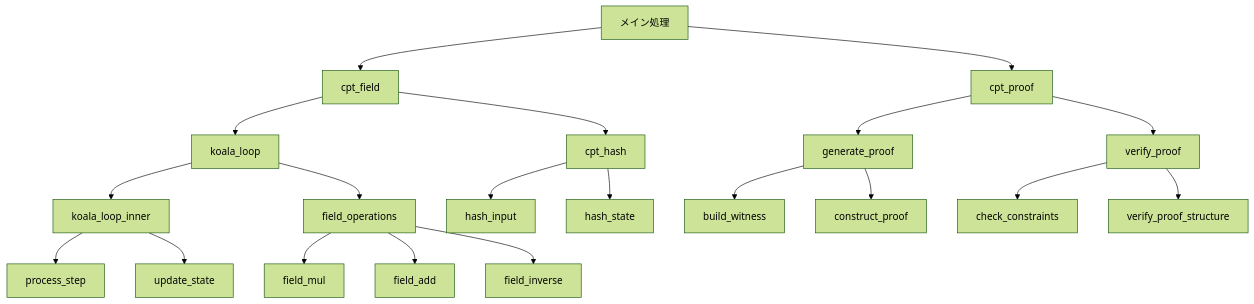
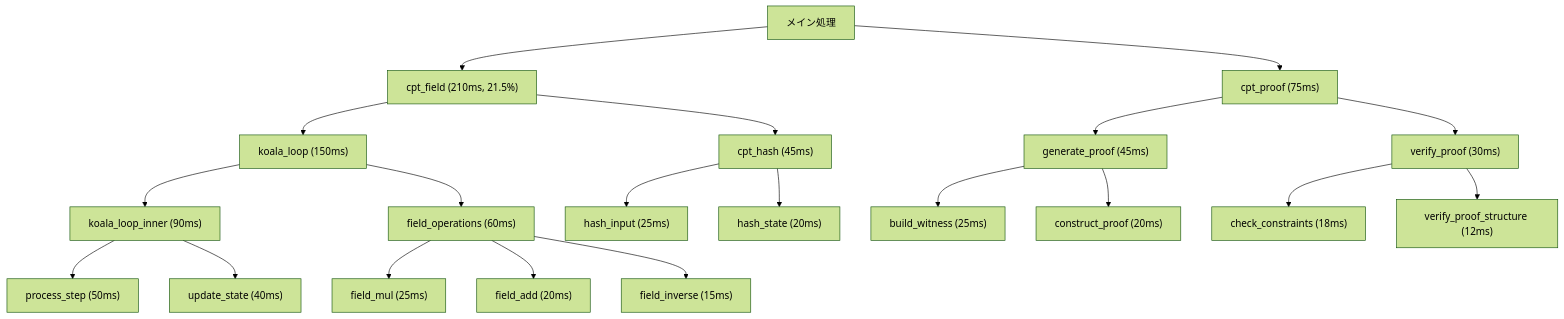
Before and after one commit to kkrt-labs/zkvm-benchmarks: the fourth of 6 diagrams in profile_outputs/README.md, drawn with Mermaid (forest theme). The commit also changed other lines of this file, not shown here.

````diff
--- a/profile_outputs/README.md
+++ b/profile_outputs/README.md
@@ -122,28 +147,28 @@
 ```mermaid
 flowchart TD
-    A[メイン処理] --> B[cpt_field]
-    B --> C[koala_loop]
-    C --> D1[koala_loop_inner]
-    C --> D2[field_operations]
+    A[メイン処理] --> B["cpt_field (210ms, 21.5%)"]
+    B --> C["koala_loop (150ms)"]
+    C --> D1["koala_loop_inner (90ms)"]
+    C --> D2["field_operations (60ms)"]
 
-    D1 --> E1[process_step]
-    D1 --> E2[update_state]
+    D1 --> E1["process_step (50ms)"]
+    D1 --> E2["update_state (40ms)"]
 
-    D2 --> F1[field_mul]
-    D2 --> F2[field_add]
-    D2 --> F3[field_inverse]
+    D2 --> F1["field_mul (25ms)"]
+    D2 --> F2["field_add (20ms)"]
+    D2 --> F3["field_inverse (15ms)"]
 
-    B --> G[cpt_hash]
-    G --> H1[hash_input]
-    G --> H2[hash_state]
+    B --> G["cpt_hash (45ms)"]
+    G --> H1["hash_input (25ms)"]
+    G --> H2["hash_state (20ms)"]
 
-    A --> I[cpt_proof]
-    I --> J1[generate_proof]
-    I --> J2[verify_proof]
+    A --> I["cpt_proof (75ms)"]
+    I --> J1["generate_proof (45ms)"]
+    I --> J2["verify_proof (30ms)"]
 
-    J1 --> K1[build_witness]
-    J1 --> K2[construct_proof]
+    J1 --> K1["build_witness (25ms)"]
+    J1 --> K2["construct_proof (20ms)"]
 
-    J2 --> L1[check_constraints]
-    J2 --> L2[verify_proof_structure]
+    J2 --> L1["check_constraints (18ms)"]
+    J2 --> L2["verify_proof_structure (12ms)"]
 ```
````
